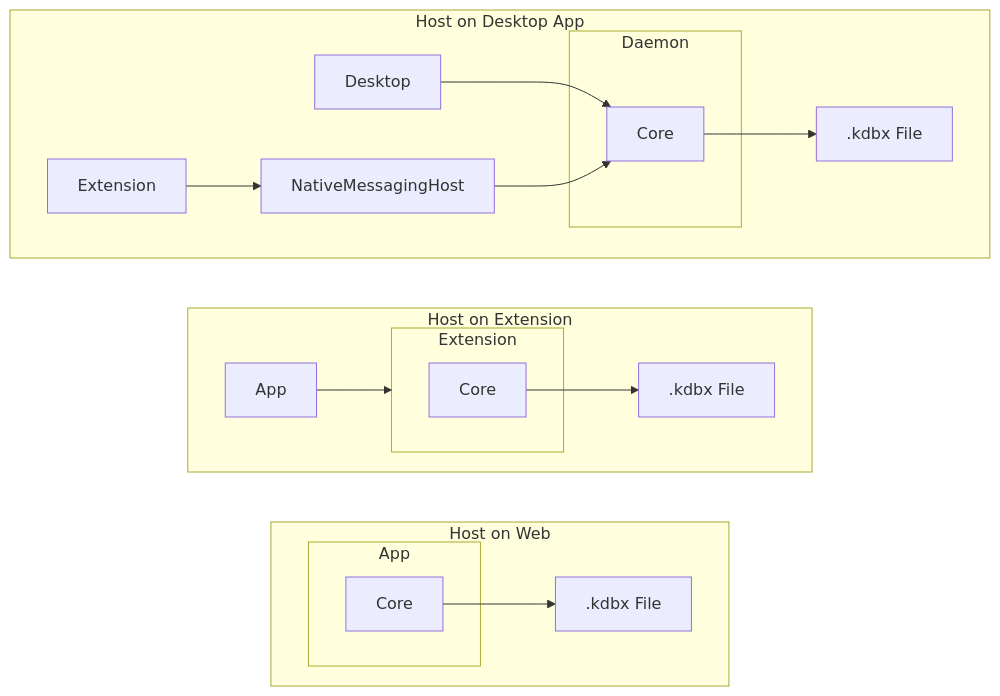
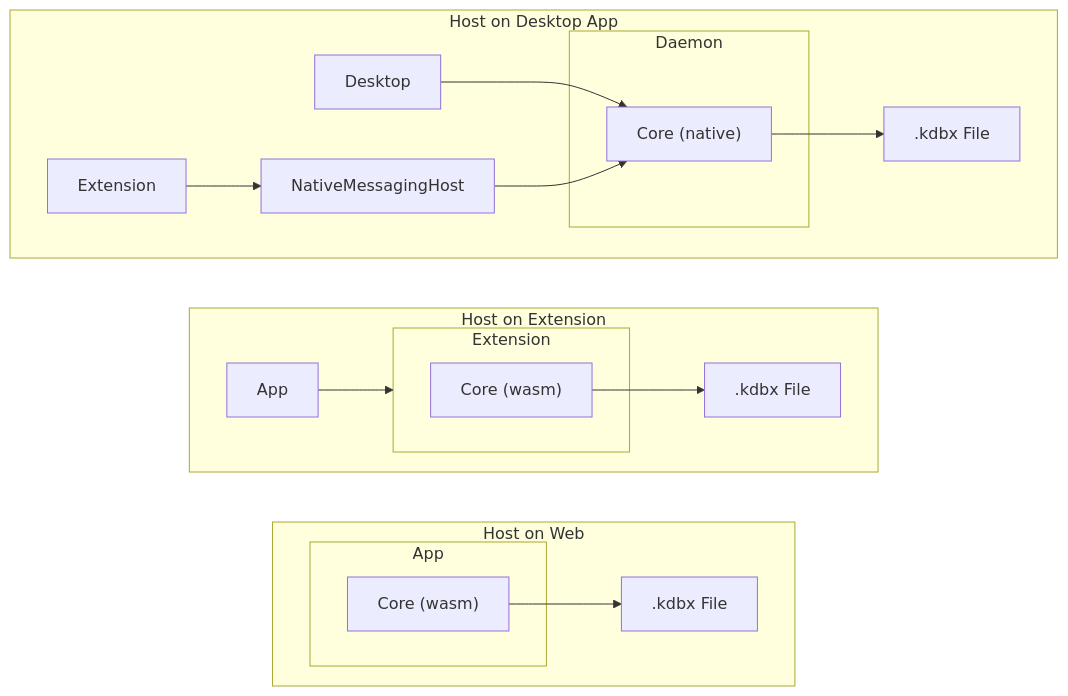
Before and after one commit to HelloWorld017/keeless: the diagram in docs/draft/20260716-structure.md, drawn with Mermaid. The commit also changed other lines of this file and 18 other files, not shown here.

````diff
--- a/docs/draft/20260716-structure.md
+++ b/docs/draft/20260716-structure.md
@@ -58,43 +67,43 @@
 ```mermaid
 graph LR
     subgraph CaseA ["Host on Web"]
         direction LR
         subgraph CaseA_App ["App"]
-            CaseA_Core["Core"]
+            CaseA_Core["Core (wasm)"]
         end
 
         CaseA_File[".kdbx File"]
 
         CaseA_Core --> CaseA_File
     end
 
     subgraph CaseB ["Host on Extension"]
         direction LR
         subgraph CaseB_Extension ["Extension"]
-            CaseB_Core["Core"]
+            CaseB_Core["Core (wasm)"]
         end
 
         CaseB_App["App"]
         CaseB_File[".kdbx File"]
 
         CaseB_App --> CaseB_Extension
         CaseB_Core --> CaseB_File
     end
 
     subgraph CaseC ["Host on Desktop App"]
         direction LR
         subgraph CaseC_Daemon ["Daemon"]
-            CaseC_Core["Core"]
+            CaseC_Core["Core (native)"]
         end
 
         CaseC_File[".kdbx File"]
         CaseC_Desktop["Desktop"]
         CaseC_Extension["Extension"]
         CaseC_NativeMessagingHost["NativeMessagingHost"]
 
         CaseC_Desktop --> CaseC_Core
         CaseC_NativeMessagingHost --> CaseC_Core
         CaseC_Extension --> CaseC_NativeMessagingHost
         CaseC_Core --> CaseC_File
     end
 ```
````
